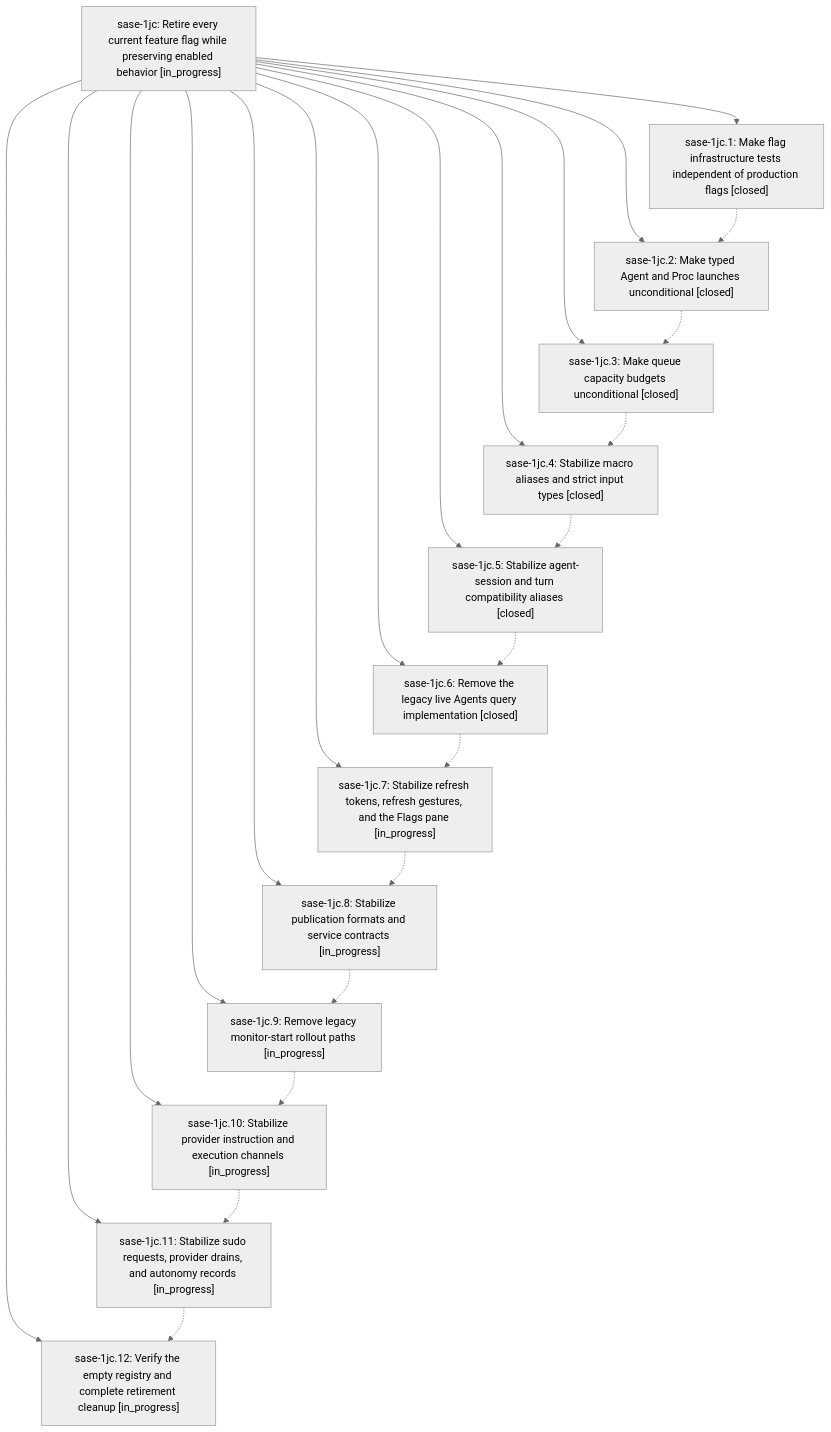
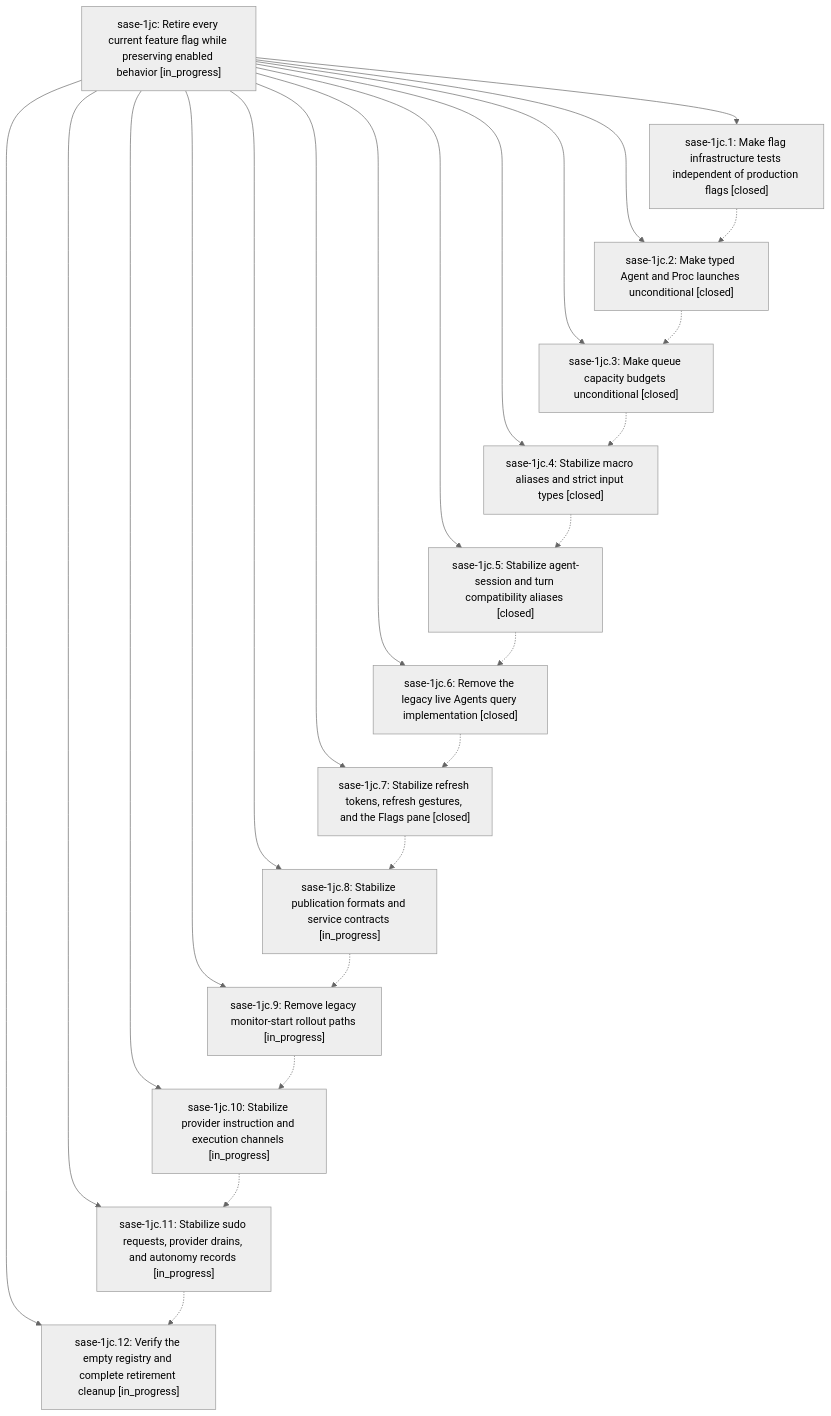
The diagram in pages/sase-1jc/README.md (sase-org/sase--beads), drawn with Mermaid (neutral theme) before and after one commit. The commit also changed other lines of this file and 3 other files, not shown here.

````diff
--- a/pages/sase-1jc/README.md
+++ b/pages/sase-1jc/README.md
@@ -53,39 +55,39 @@
 ```mermaid
 flowchart TD
     n0["sase-1jc: Retire every current feature flag while preserving enabled behavior [in_progress]"]
     n1["sase-1jc.1: Make flag infrastructure tests independent of production flags [closed]"]
     n2["sase-1jc.10: Stabilize provider instruction and execution channels [in_progress]"]
     n3["sase-1jc.11: Stabilize sudo requests, provider drains, and autonomy records [in_progress]"]
     n4["sase-1jc.12: Verify the empty registry and complete retirement cleanup [in_progress]"]
     n5["sase-1jc.2: Make typed Agent and Proc launches unconditional [closed]"]
     n6["sase-1jc.3: Make queue capacity budgets unconditional [closed]"]
     n7["sase-1jc.4: Stabilize macro aliases and strict input types [closed]"]
     n8["sase-1jc.5: Stabilize agent-session and turn compatibility aliases [closed]"]
     n9["sase-1jc.6: Remove the legacy live Agents query implementation [closed]"]
-    n10["sase-1jc.7: Stabilize refresh tokens, refresh gestures, and the Flags pane [in_progress]"]
+    n10["sase-1jc.7: Stabilize refresh tokens, refresh gestures, and the Flags pane [closed]"]
     n11["sase-1jc.8: Stabilize publication formats and service contracts [in_progress]"]
     n12["sase-1jc.9: Remove legacy monitor-start rollout paths [in_progress]"]
     n0 --> n1
     n0 --> n2
     n0 --> n3
     n0 --> n4
     n0 --> n5
     n0 --> n6
     n0 --> n7
     n0 --> n8
     n0 --> n9
     n0 --> n10
     n0 --> n11
     n0 --> n12
     n1 -.-> n5
     n2 -.-> n3
     n3 -.-> n4
     n5 -.-> n6
     n6 -.-> n7
     n7 -.-> n8
     n8 -.-> n9
     n9 -.-> n10
     n10 -.-> n11
     n11 -.-> n12
     n12 -.-> n2
 ```
````
